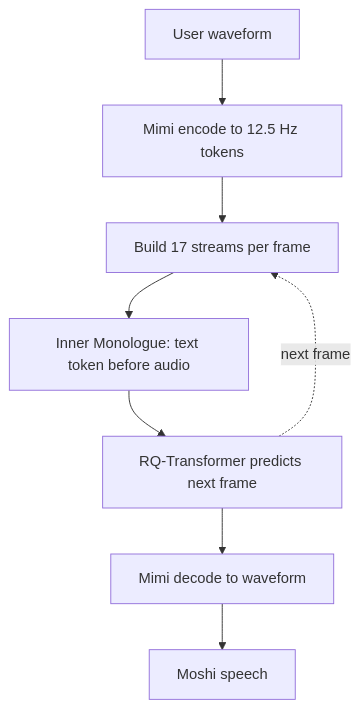
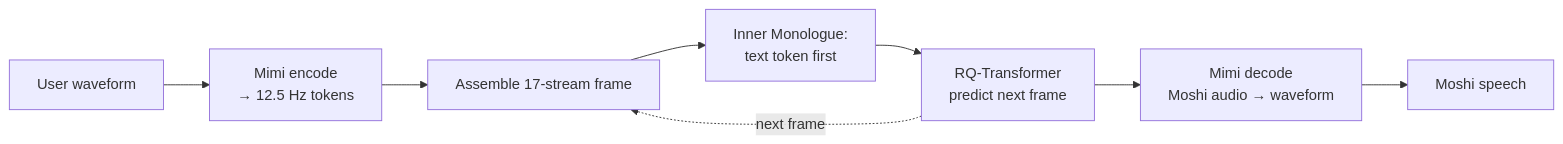
Before and after one commit to hardaatbaath/portfolio: the third of 4 diagrams in content/notes/moshi-speech-text-foundation-model.md, drawn with Mermaid. The commit also changed other lines of this file, not shown here.

Commit message:
Expand Moshi note into a complete, faithful paper reconstruction (architecture, training pipeline, ablations)

````diff
--- a/content/notes/moshi-speech-text-foundation-model.md
+++ b/content/notes/moshi-speech-text-foundation-model.md
@@ -65,10 +133,10 @@
 ```mermaid
-flowchart TD
-  In["User waveform"] --> Enc["Mimi encode to 12.5 Hz tokens"]
-  Enc --> Str["Build 17 streams per frame"]
-  Str --> IM["Inner Monologue: text token before audio"]
-  IM --> Gen["RQ-Transformer predicts next frame"]
-  Gen --> Dec["Mimi decode to waveform"]
+flowchart LR
+  In["User waveform"] --> Enc["Mimi encode<br/>→ 12.5 Hz tokens"]
+  Enc --> Str["Assemble 17-stream frame"]
+  Str --> IM["Inner Monologue:<br/>text token first"]
+  IM --> Gen["RQ-Transformer<br/>predict next frame"]
+  Gen --> Dec["Mimi decode<br/>Moshi audio → waveform"]
   Dec --> Out["Moshi speech"]
   Gen -. next frame .-> Str
 ```
````
